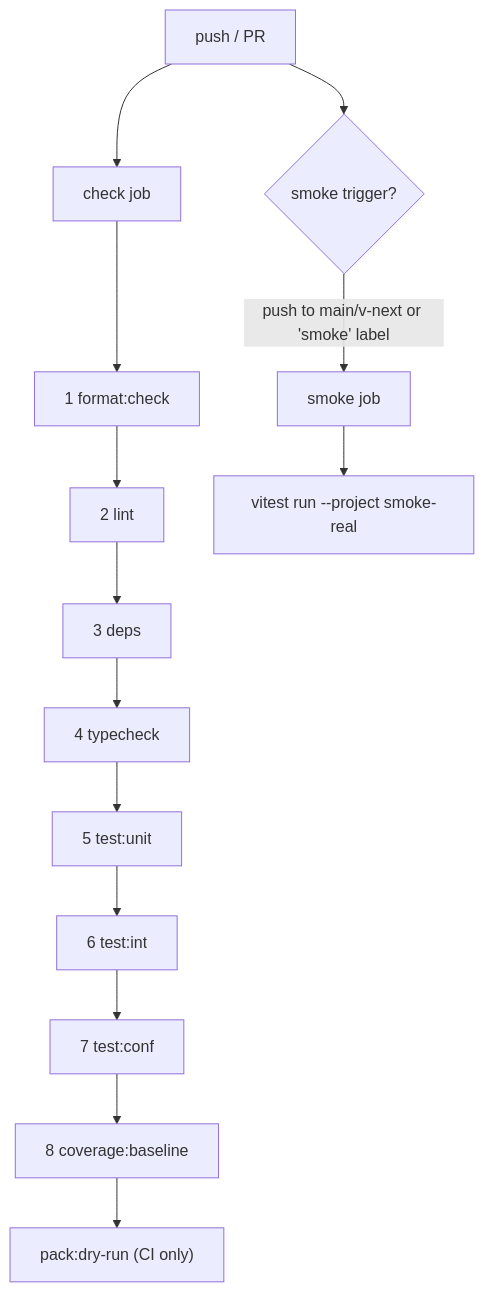
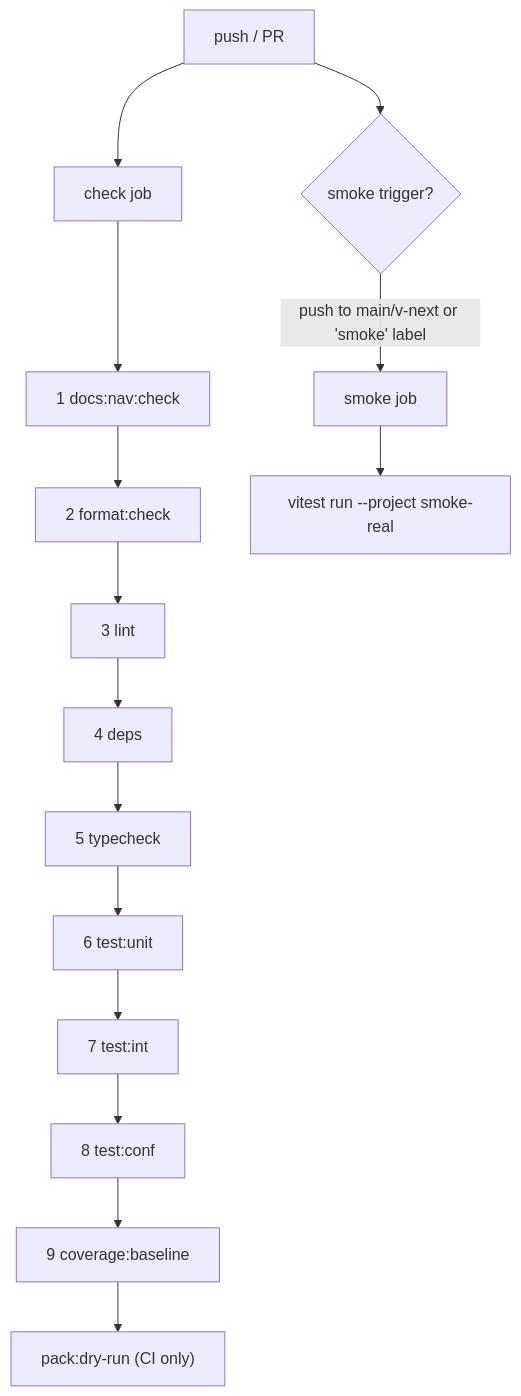
The diagram in docs/engineering/check-gate.md (aryeko/agentic-workflow-kit), drawn with Mermaid before and after one commit. The commit also changed other lines of this file and 19 other files, not shown here.

````diff
--- a/docs/engineering/check-gate.md
+++ b/docs/engineering/check-gate.md
@@ -38,17 +40,18 @@
 ```mermaid
 flowchart TD
     A[push / PR] --> B[check job]
-    B --> B1["1 format:check"]
-    B1 --> B2["2 lint"]
-    B2 --> B3["3 deps"]
-    B3 --> B4["4 typecheck"]
-    B4 --> B5["5 test:unit"]
-    B5 --> B6["6 test:int"]
-    B6 --> B7["7 test:conf"]
-    B7 --> B8["8 coverage:baseline"]
+    B --> B0["1 docs:nav:check"]
+    B0 --> B1["2 format:check"]
+    B1 --> B2["3 lint"]
+    B2 --> B3["4 deps"]
+    B3 --> B4["5 typecheck"]
+    B4 --> B5["6 test:unit"]
+    B5 --> B6["7 test:int"]
+    B6 --> B7["8 test:conf"]
+    B7 --> B8["9 coverage:baseline"]
     B8 --> B9["pack:dry-run (CI only)"]
 
     A --> C{smoke trigger?}
     C -->|push to main/v-next or 'smoke' label| D[smoke job]
     D --> D1["vitest run --project smoke-real"]
 ```
````
